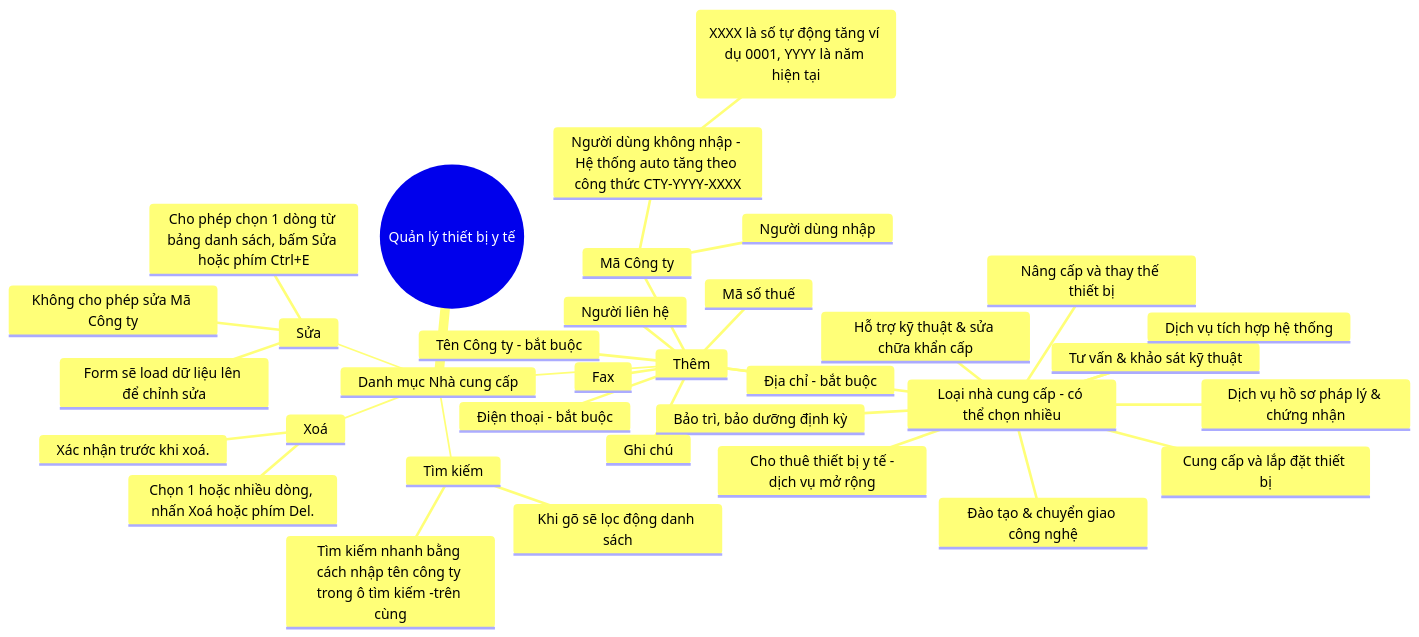
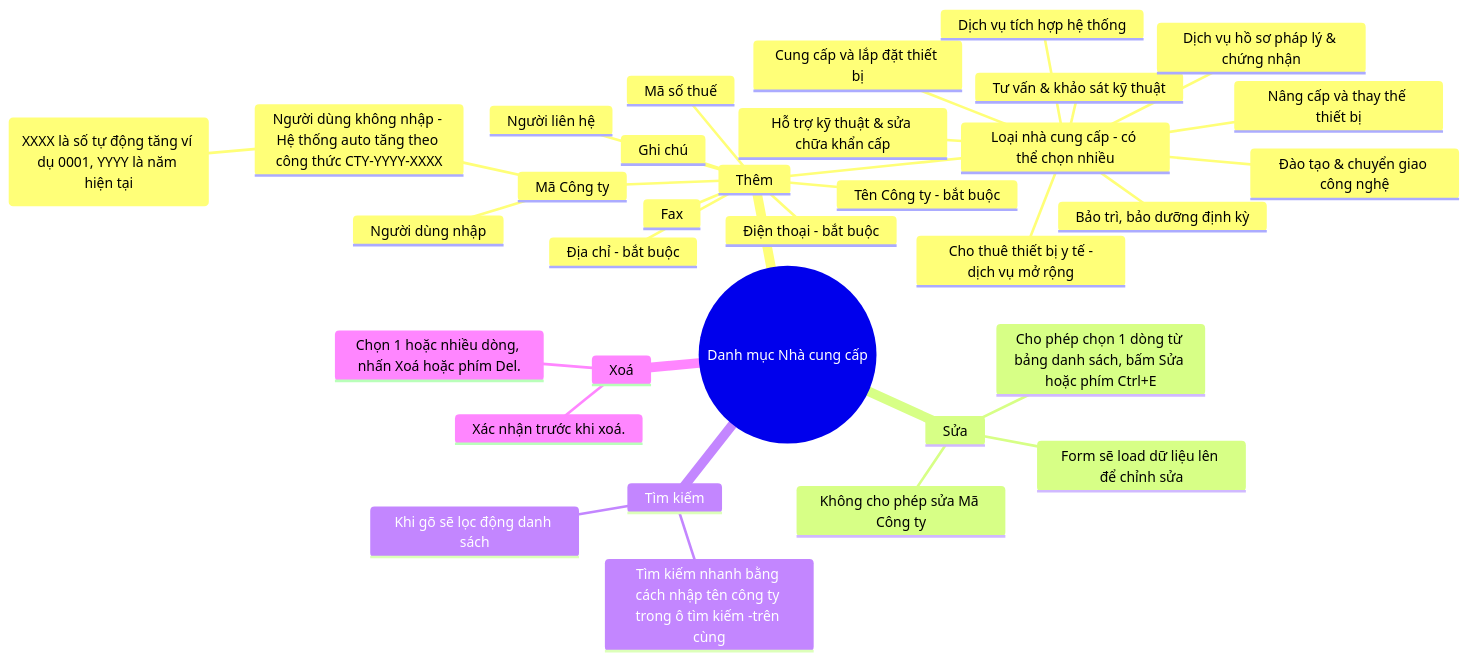
One commit to nthanhdo/mems-brainstorm changed the diagram in mindmap-doitac.md. Above: the diagram before and after it, drawn with Mermaid.

````diff
--- a/mindmap-doitac.md
+++ b/mindmap-doitac.md
@@ -1,39 +1,39 @@
 ```mermaid
 mindmap
-  root((Quản lý thiết bị y tế))
-     Danh mục Nhà cung cấp
+  root((Danh mục Nhà cung cấp))
+     
         Thêm
           Mã Công ty 
                Người dùng nhập 
                Người dùng không nhập - Hệ thống auto tăng theo công thức CTY-YYYY-XXXX
                    (XXXX là số tự động tăng ví dụ 0001, YYYY là năm hiện tại)
           Tên Công ty - bắt buộc
           Mã số thuế
           Loại nhà cung cấp - có thể chọn nhiều
                Tư vấn & khảo sát kỹ thuật
                Cung cấp và lắp đặt thiết bị
                Đào tạo & chuyển giao công nghệ
                Bảo trì, bảo dưỡng định kỳ
                Hỗ trợ kỹ thuật & sửa chữa khẩn cấp
                Dịch vụ hồ sơ pháp lý & chứng nhận
                Nâng cấp và thay thế thiết bị
                Cho thuê thiết bị y tế -dịch vụ mở rộng
                Dịch vụ tích hợp hệ thống                    
          Địa chỉ - bắt buộc
          Người liên hệ
          Điện thoại - bắt buộc
          Fax
          Ghi chú  
         Sửa
          Cho phép chọn 1 dòng từ bảng danh sách, bấm Sửa hoặc phím Ctrl+E
          Form sẽ load dữ liệu lên để chỉnh sửa
          Không cho phép sửa Mã Công ty
         Tìm kiếm
          Tìm kiếm nhanh bằng cách nhập tên công ty trong ô tìm kiếm -trên cùng
          Khi gõ sẽ lọc động danh sách
         Xoá
          Chọn 1 hoặc nhiều dòng, nhấn Xoá hoặc phím Del.
          Xác nhận trước khi xoá.
    
 
 ```
````
